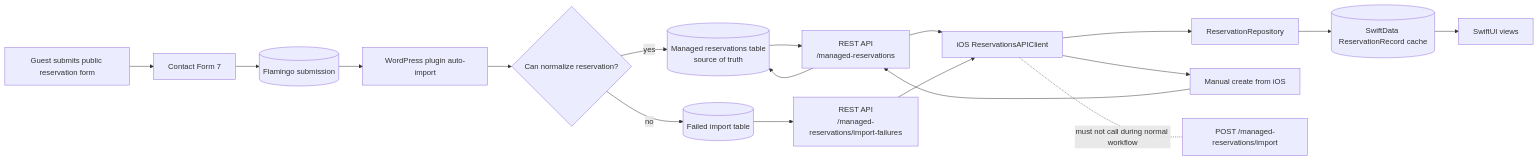
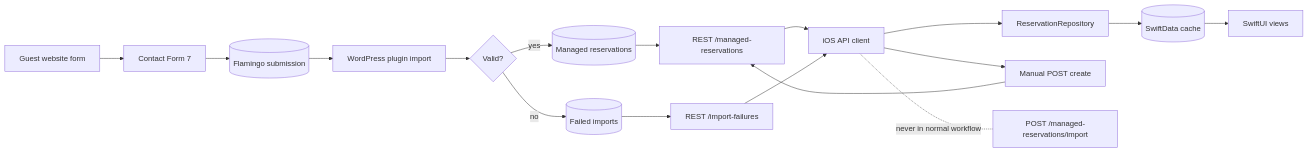
One commit to bohdan462/Reservation-iOS-App changed the eighth of 8 diagrams in ARCHITECTURE_DIAGRAMS.md. Above: the diagram before and after it, drawn with Mermaid. The commit also changed other lines of this file and 3 other files, not shown here.

````diff
--- a/ARCHITECTURE_DIAGRAMS.md
+++ b/ARCHITECTURE_DIAGRAMS.md
@@ -168,23 +269,22 @@
 ```mermaid
 flowchart LR
-    Guest["Guest submits public reservation form"] --> CF7["Contact Form 7"]
+    Guest["Guest website form"] --> CF7["Contact Form 7"]
     CF7 --> Flamingo[("Flamingo submission")]
-    Flamingo --> Import["WordPress plugin auto-import"]
-    Import --> Valid{"Can normalize reservation?"}
-    Valid -- "yes" --> Managed[("Managed reservations table<br/>source of truth")]
-    Valid -- "no" --> Failed[("Failed import table")]
+    Flamingo --> Import["WordPress plugin import"]
+    Import --> Valid{"Valid?"}
+    Valid -- "yes" --> Managed[("Managed reservations")]
+    Valid -- "no" --> Failed[("Failed imports")]
 
-    Managed --> REST["REST API<br/>/managed-reservations"]
-    Failed --> FailureREST["REST API<br/>/managed-reservations/import-failures"]
-    REST --> IOS["iOS ReservationsAPIClient"]
+    Managed --> REST["REST /managed-reservations"]
+    Failed --> FailureREST["REST /import-failures"]
+    REST --> IOS["iOS API client"]
     FailureREST --> IOS
     IOS --> Repo["ReservationRepository"]
-    Repo --> Cache[("SwiftData ReservationRecord cache")]
+    Repo --> Cache[("SwiftData cache")]
     Cache --> Views["SwiftUI views"]
 
-    IOS --> ManualCreate["Manual create from iOS"]
+    IOS --> ManualCreate["Manual POST create"]
     ManualCreate --> REST
-    REST --> Managed
 
-    IOS -. "must not call during normal workflow" .- Forbidden["POST /managed-reservations/import"]
+    IOS -. "never in normal workflow" .- Forbidden["POST /managed-reservations/import"]
 ```
````
